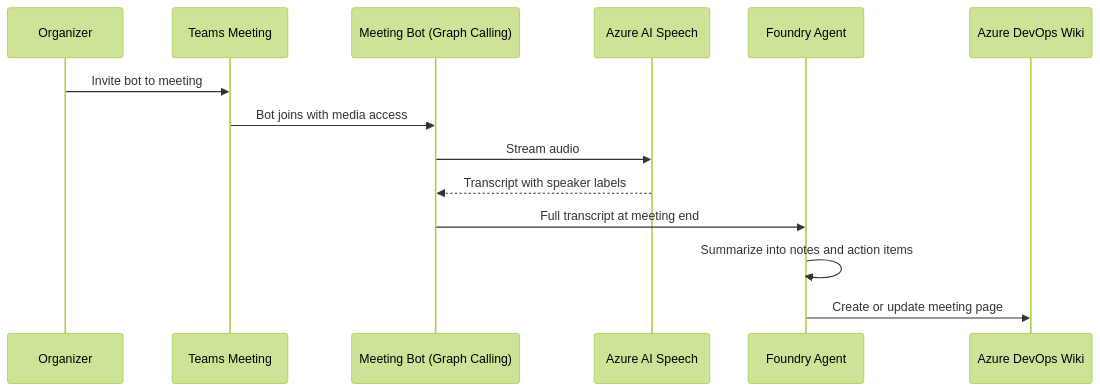
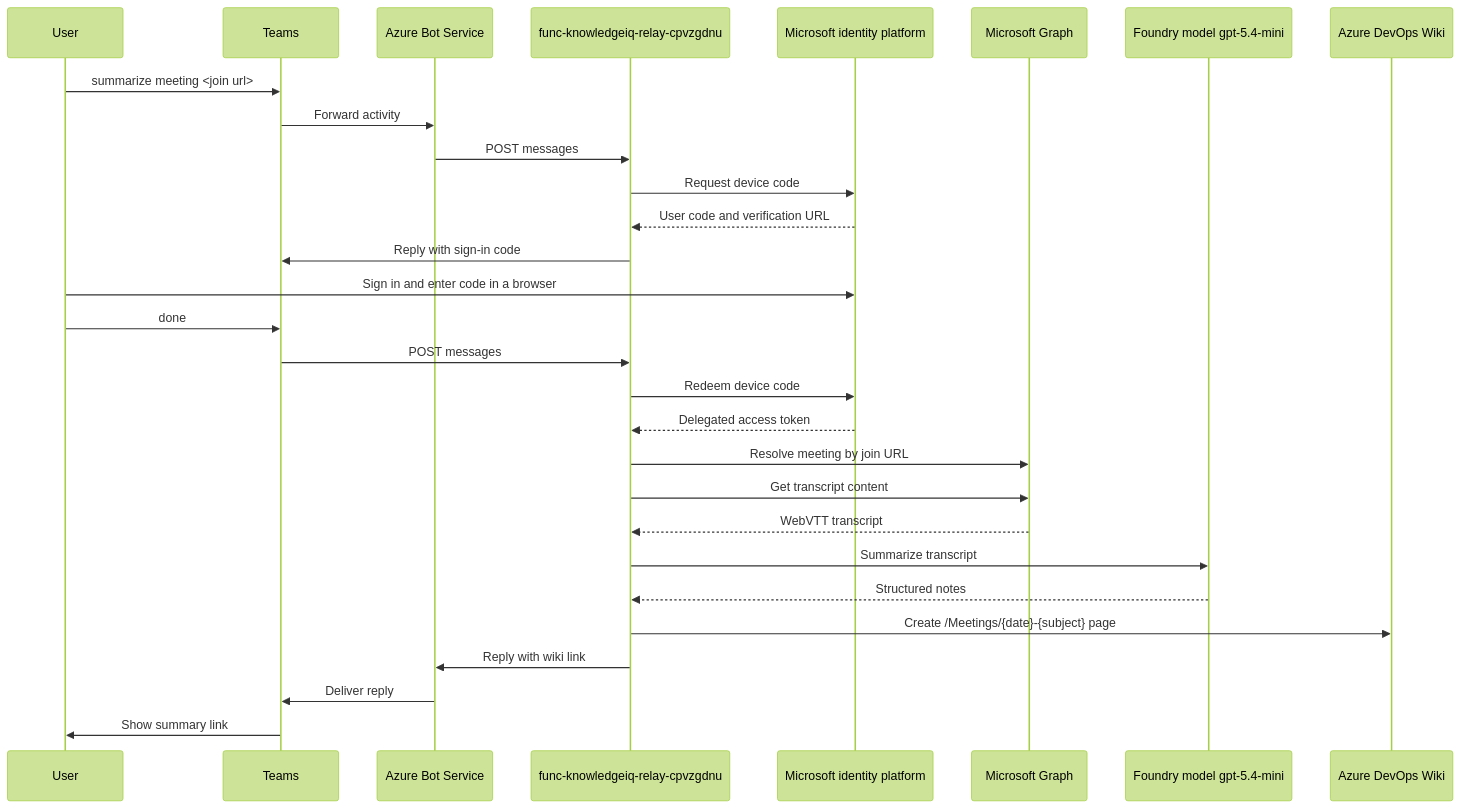
One commit to madhurshukla23/Migration-Knowledge-IQ changed the third of 4 diagrams in docs/architecture.md. Above: the diagram before and after it, drawn with Mermaid (forest theme). The commit also changed other lines of this file, not shown here.

Commit message:
architecture

````diff
--- a/docs/architecture.md
+++ b/docs/architecture.md
@@ -211,17 +100,32 @@
 ```mermaid
 sequenceDiagram
-    participant Organizer
-    participant Teams as Teams Meeting
-    participant MeetingBot as Meeting Bot (Graph Calling)
-    participant Speech as Azure AI Speech
-    participant Agent as Foundry Agent
+    participant User
+    participant Teams
+    participant BotService as Azure Bot Service
+    participant Function as func-knowledgeiq-relay-cpvzgdnu
+    participant MSIdentity as Microsoft identity platform
+    participant Graph as Microsoft Graph
+    participant Model as Foundry model gpt-5.4-mini
     participant Wiki as Azure DevOps Wiki
 
-    Organizer->>Teams: Invite bot to meeting
-    Teams->>MeetingBot: Bot joins with media access
-    MeetingBot->>Speech: Stream audio
-    Speech-->>MeetingBot: Transcript with speaker labels
-    MeetingBot->>Agent: Full transcript at meeting end
-    Agent->>Agent: Summarize into notes and action items
-    Agent->>Wiki: Create or update meeting page
+    User->>Teams: summarize meeting <join url>
+    Teams->>BotService: Forward activity
+    BotService->>Function: POST messages
+    Function->>MSIdentity: Request device code
+    MSIdentity-->>Function: User code and verification URL
+    Function->>Teams: Reply with sign-in code
+    User->>MSIdentity: Sign in and enter code in a browser
+    User->>Teams: done
+    Teams->>Function: POST messages
+    Function->>MSIdentity: Redeem device code
+    MSIdentity-->>Function: Delegated access token
+    Function->>Graph: Resolve meeting by join URL
+    Function->>Graph: Get transcript content
+    Graph-->>Function: WebVTT transcript
+    Function->>Model: Summarize transcript
+    Model-->>Function: Structured notes
+    Function->>Wiki: Create /Meetings/{date}-{subject} page
+    Function->>BotService: Reply with wiki link
+    BotService->>Teams: Deliver reply
+    Teams->>User: Show summary link
 ```
````
